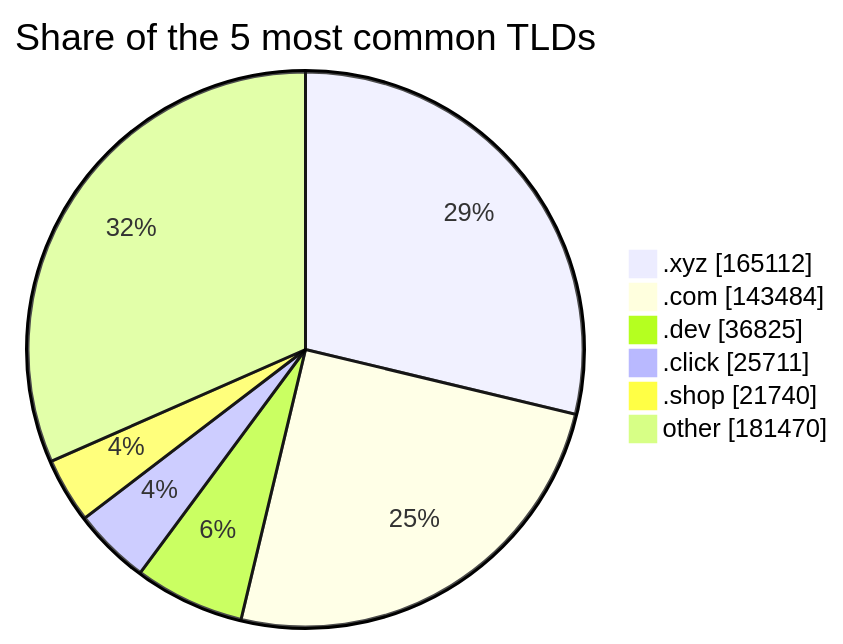
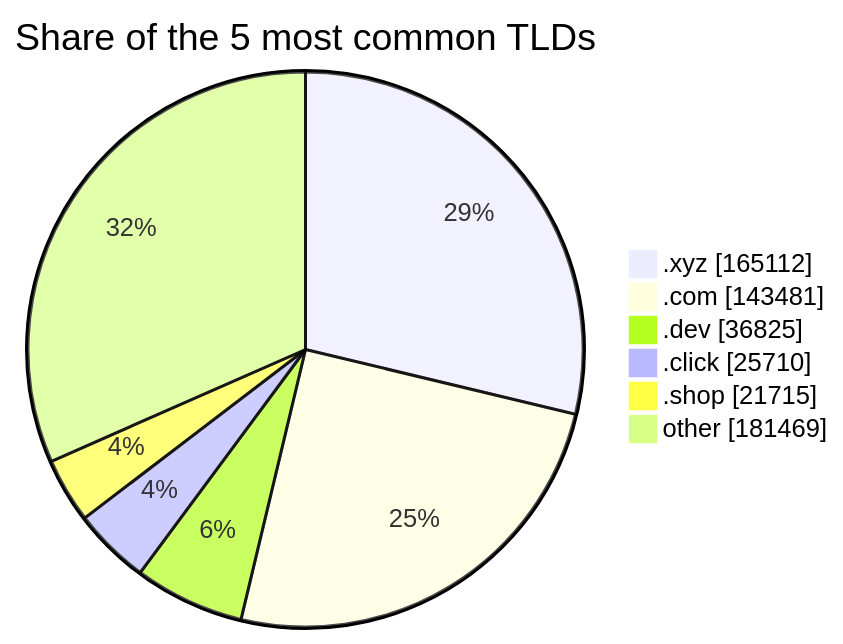
Before and after one commit to DNSBunker/CTI: the third of 3 diagrams in README.md, drawn with Mermaid. The commit also changed other lines of this file and 3 other files, not shown here.

````diff
--- a/README.md
+++ b/README.md
@@ -81,9 +81,9 @@
 ```mermaid
 pie showData title Share of the 5 most common TLDs
     ".xyz" : 165112
-    ".com" : 143484
+    ".com" : 143481
     ".dev" : 36825
-    ".click" : 25711
-    ".shop" : 21740
-    "other" : 181470
+    ".click" : 25710
+    ".shop" : 21715
+    "other" : 181469
 ```
````
